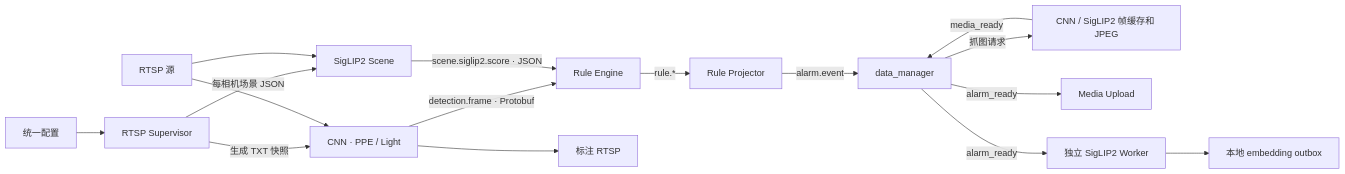
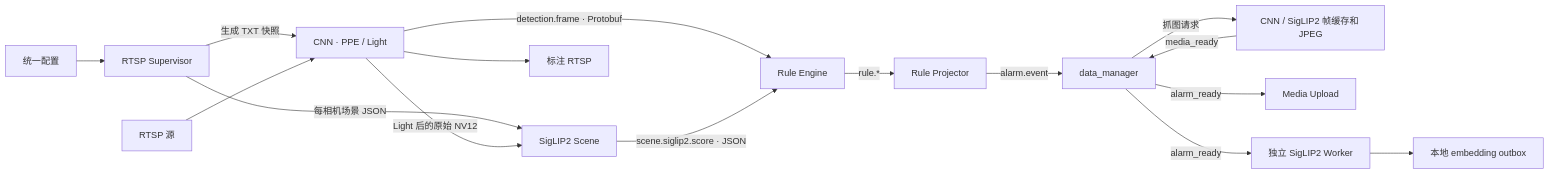
The diagram in docs/architecture/system_overview.md (kikiFrank/IoT_pipeline0918_main), drawn with Mermaid before and after one commit. The commit also changed other lines of this file and 62 other files, not shown here.

````diff
--- a/docs/architecture/system_overview.md
+++ b/docs/architecture/system_overview.md
@@ -17,18 +17,18 @@
 ```mermaid
 flowchart LR
     CFG["统一配置"] --> SUP["RTSP Supervisor"]
     SUP -->|"生成 TXT 快照"| CNN["CNN · PPE / Light"]
     SUP -->|"每相机场景 JSON"| S["SigLIP2 Scene"]
     RTSP["RTSP 源"] --> CNN
-    RTSP --> S
+    CNN -->|"Light 后的原始 NV12"| S
     CNN -->|"detection.frame · Protobuf"| RE["Rule Engine"]
     S -->|"scene.siglip2.score · JSON"| RE
     CNN --> ANN["标注 RTSP"]
     RE -->|"rule.*"| RP["Rule Projector"]
     RP -->|"alarm.event"| DM["data_manager"]
     DM -->|"抓图请求"| CACHE["CNN / SigLIP2 帧缓存和 JPEG"]
     CACHE -->|"media_ready"| DM
     DM -->|"alarm_ready"| UP["Media Upload"]
     DM -->|"alarm_ready"| W["独立 SigLIP2 Worker"]
     W --> OUT["本地 embedding outbox"]
 ```
````
